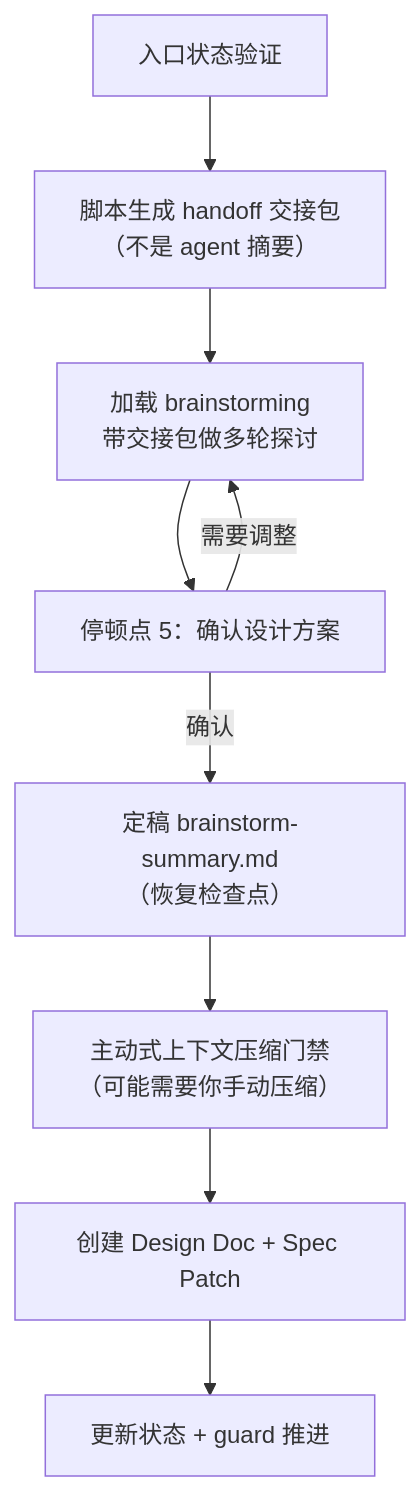
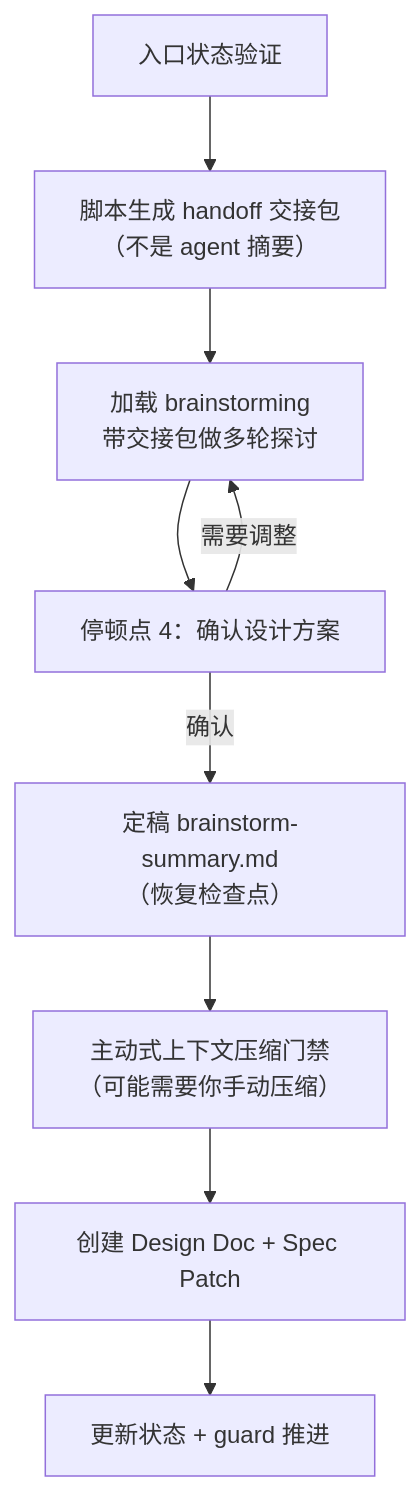
Before and after one commit to rpamis/comet-website-docs: the diagram in zh/phases/design.mdx, drawn with Mermaid. The commit also changed other lines of this file and 17 other files, not shown here.

````diff
--- a/zh/phases/design.mdx
+++ b/zh/phases/design.mdx
@@ -34,11 +34,11 @@
 ```mermaid
 flowchart TD
     Entry["入口状态验证"] --> S1a["脚本生成 handoff 交接包<br/>（不是 agent 摘要）"]
     S1a --> S1b["加载 brainstorming<br/>带交接包做多轮探讨"]
-    S1b --> S1c["停顿点 5：确认设计方案"]
+    S1b --> S1c["停顿点 4：确认设计方案"]
     S1c -->|需要调整| S1b
     S1c -->|确认| S1d["定稿 brainstorm-summary.md<br/>（恢复检查点）"]
     S1d --> S1e["主动式上下文压缩门禁<br/>（可能需要你手动压缩）"]
     S1e --> S2["创建 Design Doc + Spec Patch"]
     S2 --> S3["更新状态 + guard 推进"]
 ```
````
